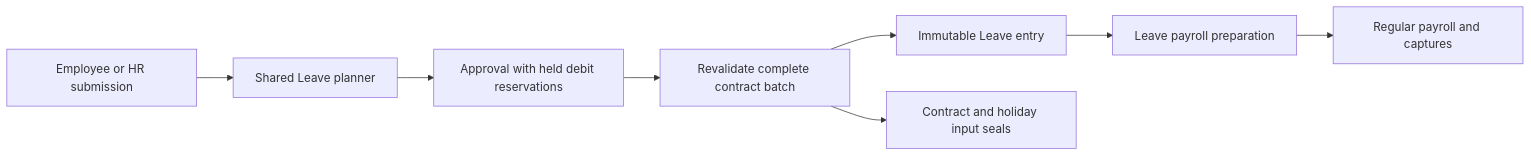
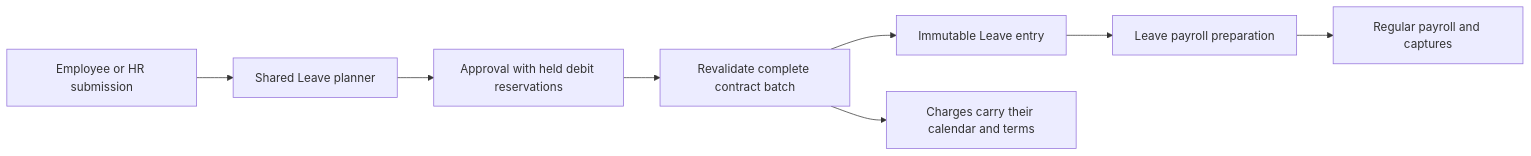
Before and after one commit to norbital-ai/templates: the diagram in hr-payroll/docs/leave.md, drawn with Mermaid. The commit also changed other lines of this file and 59 other files, not shown here.

````diff
--- a/hr-payroll/docs/leave.md
+++ b/hr-payroll/docs/leave.md
@@ -119,10 +118,10 @@
 ```mermaid
 flowchart LR
     UI[Employee or HR submission] --> Preview[Shared Leave planner]
     Preview --> Review[Approval with held debit reservations]
     Review --> Validate[Revalidate complete contract batch]
     Validate --> Entry[Immutable Leave entry]
-    Validate --> Seals[Contract and holiday input seals]
+    Validate --> Seals[Charges carry their calendar and terms]
     Entry --> Family[Leave payroll preparation]
     Family --> Payroll[Regular payroll and captures]
 ```
````
